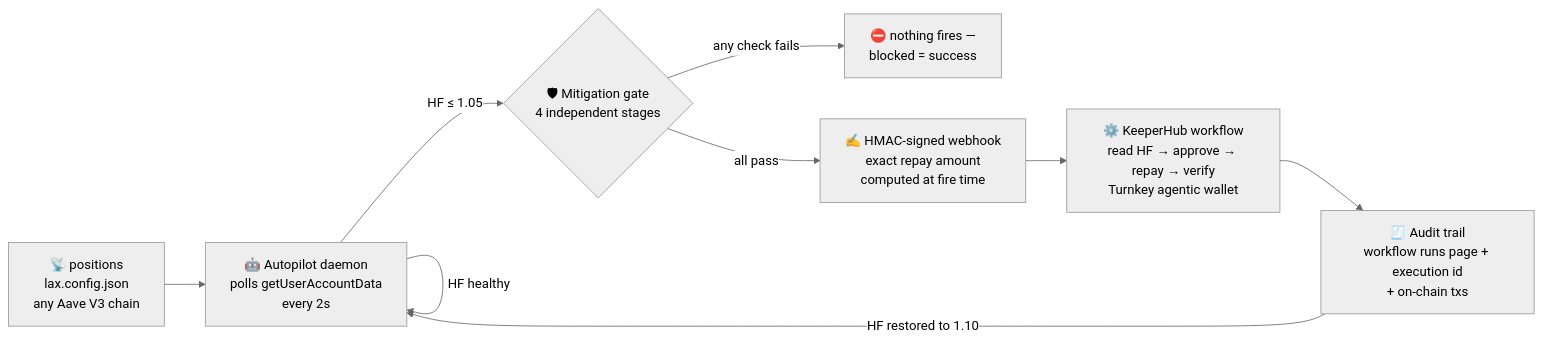
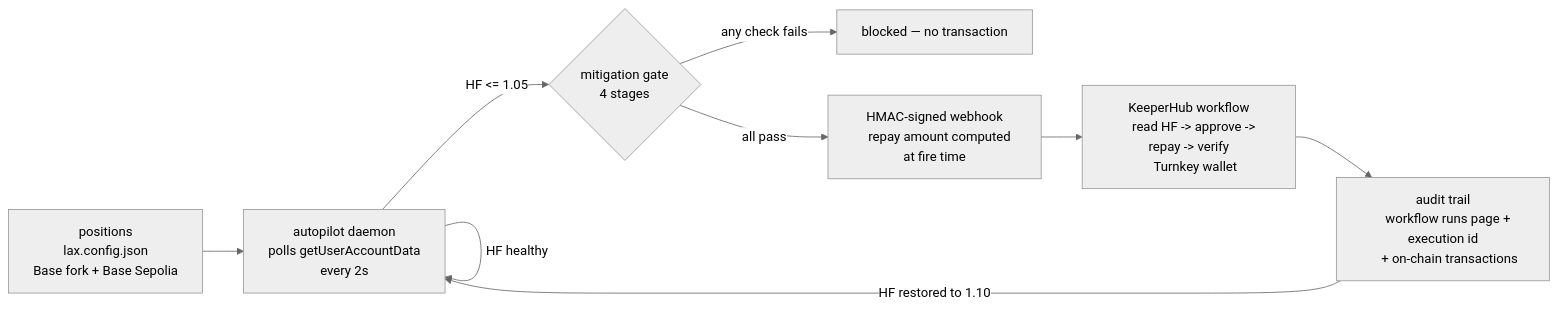
The first of 2 diagrams in README.md (n-dlms/LAX), drawn with Mermaid (neutral theme) before and after one commit. The commit also changed other lines of this file, not shown here.

````diff
--- a/README.md
+++ b/README.md
@@ -30,11 +19,21 @@
 ```mermaid
 flowchart LR
-    A["📡 positions<br/>lax.config.json<br/>any Aave V3 chain"] --> B["🤖 Autopilot daemon<br/>polls getUserAccountData<br/>every 2s"]
-    B -->|"HF ≤ 1.05"| C{"🛡 Mitigation gate<br/>4 independent stages"}
+    A["positions
+    lax.config.json
+    Base fork + Base Sepolia"] --> B["autopilot daemon
+    polls getUserAccountData
+    every 2s"]
+    B -->|"HF <= 1.05"| C{"mitigation gate
+    4 stages"}
     B -->|"HF healthy"| B
-    C -->|"any check fails"| D["⛔ nothing fires —<br/>blocked = success"]
-    C -->|"all pass"| E["✍️ HMAC-signed webhook<br/>exact repay amount<br/>computed at fire time"]
-    E --> F["⚙️ KeeperHub workflow<br/>read HF → approve → repay → verify<br/>Turnkey agentic wallet"]
-    F --> G["🧾 Audit trail<br/>workflow runs page + execution id<br/>+ on-chain txs"]
+    C -->|"any check fails"| D["blocked — no transaction"]
+    C -->|"all pass"| E["HMAC-signed webhook
+    repay amount computed at fire time"]
+    E --> F["KeeperHub workflow
+    read HF -> approve -> repay -> verify
+    Turnkey wallet"]
+    F --> G["audit trail
+    workflow runs page + execution id
+    + on-chain transactions"]
     G -->|"HF restored to 1.10"| B
 ```
````
